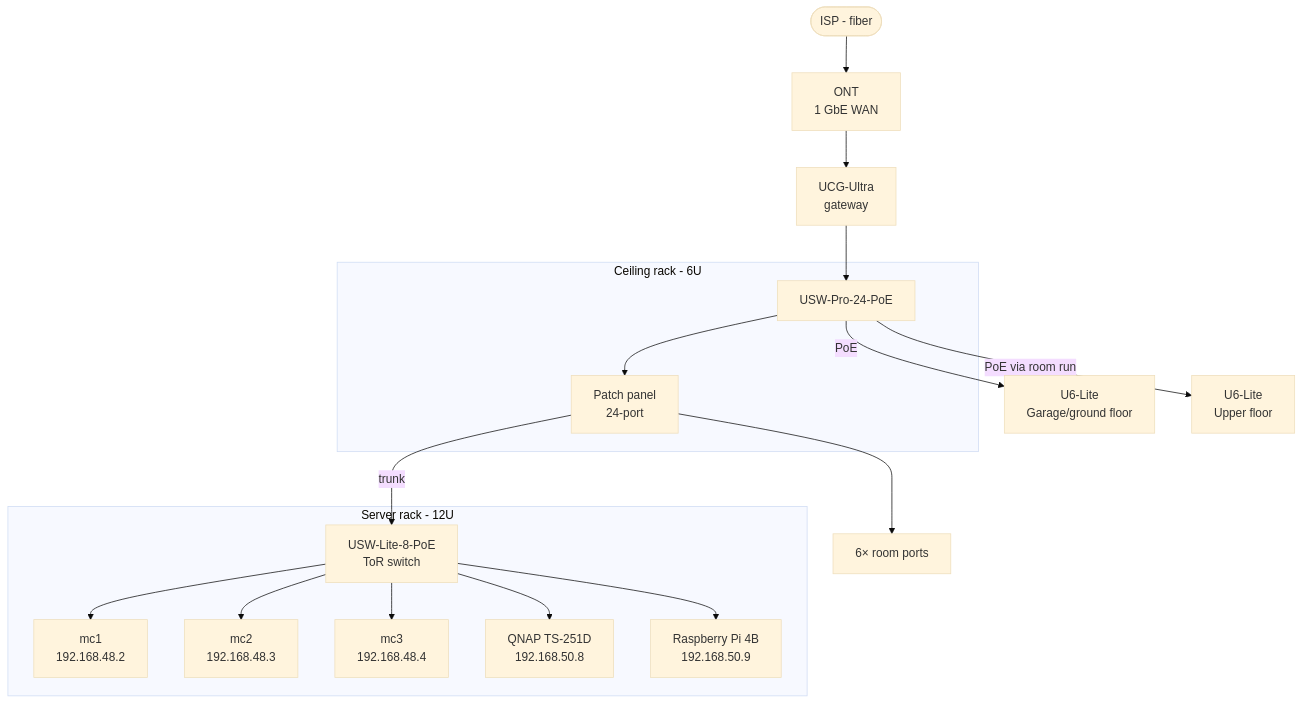
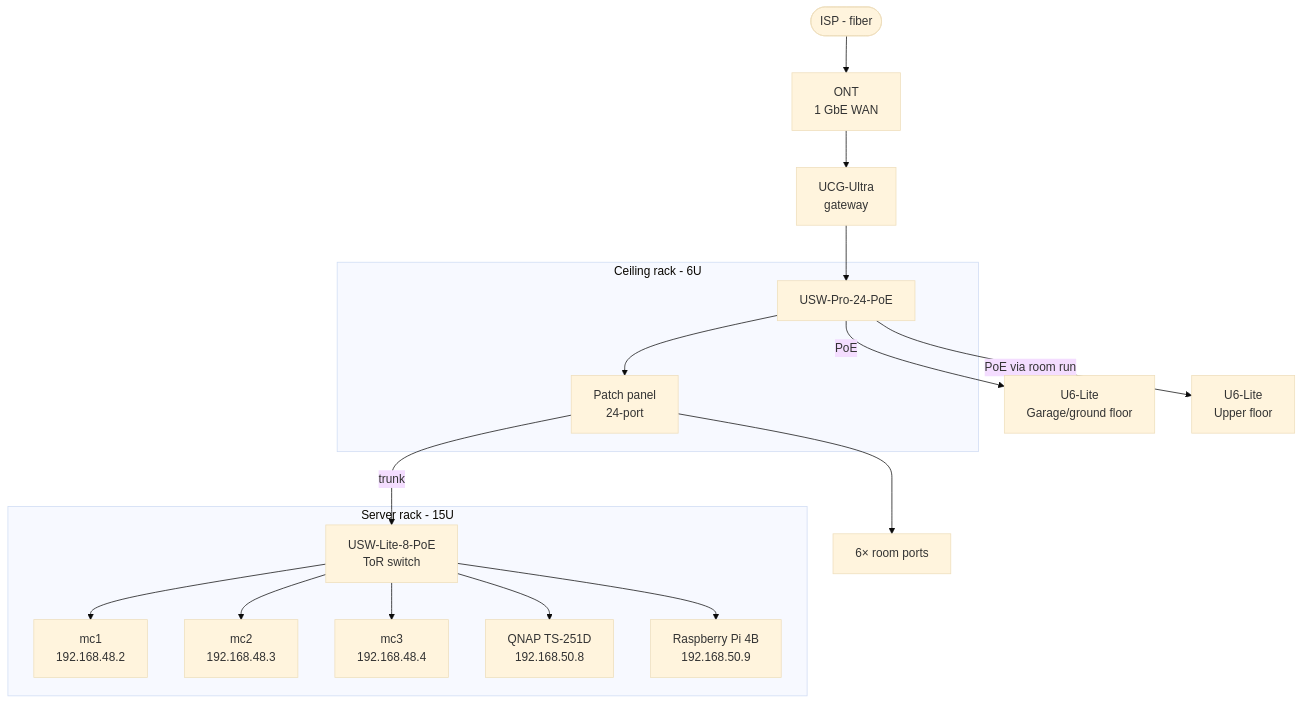
The diagram in docs/src/general/network-upgrade-plan.md (mmalyska/home-ops), drawn with Mermaid (base theme) before and after one commit. The commit also changed other lines of this file, not shown here.

Commit message:
networking rack updates

````diff
--- a/docs/src/general/network-upgrade-plan.md
+++ b/docs/src/general/network-upgrade-plan.md
@@ -55,36 +56,36 @@
 ```mermaid
 flowchart TB
     ISP([ISP - fiber])
     ONT[ONT\n1 GbE WAN]
     UCG[UCG-Ultra\ngateway]
 
     subgraph ceiling[Ceiling rack - 6U]
         PP[Patch panel\n24-port]
         USW[USW-Pro-24-PoE]
     end
 
-    subgraph floor12[Server rack - 12U]
+    subgraph floor12[Server rack - 15U]
         ToR[USW-Lite-8-PoE\nToR switch]
         mc1[mc1\n192.168.48.2]
         mc2[mc2\n192.168.48.3]
         mc3[mc3\n192.168.48.4]
         QNAP[QNAP TS-251D\n192.168.50.8]
         RPi[Raspberry Pi 4B\n192.168.50.9]
     end
 
     AP1[U6-Lite\nGarage/ground floor]
     AP2[U6-Lite\nUpper floor]
     Rooms[6× room ports]
 
     ISP --> ONT --> UCG --> USW
     USW --> PP
     PP -->|trunk| ToR
     PP --> Rooms
     USW -->|PoE| AP1
     USW -->|PoE via room run| AP2
     ToR --> mc1
     ToR --> mc2
     ToR --> mc3
     ToR --> QNAP
     ToR --> RPi
 ```
````
